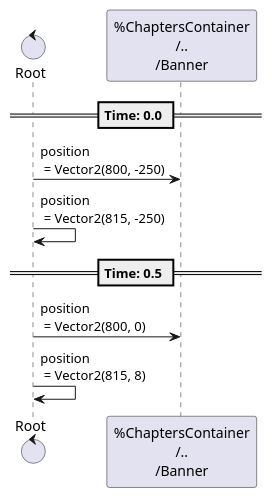
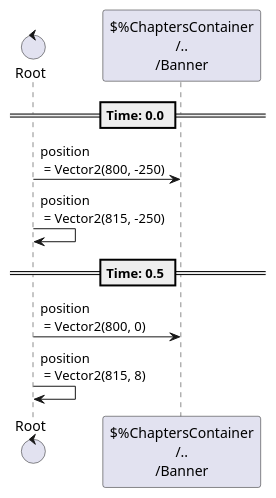
One commit to tkmfujise/Platformer-Game-Learning changed the fourth of 24 diagrams in content/scenes/src/beginning/chapters/chapters.tscn.adoc. Above: the diagram before and after it, drawn with PlantUML. The commit also changed other lines of this file and 31 other files, not shown here.

Commit message:
Add prefix $ to node name in animation sequences

```diff
--- a/content/scenes/src/beginning/chapters/chapters.tscn.adoc
+++ b/content/scenes/src/beginning/chapters/chapters.tscn.adoc
@@ -352,16 +352,16 @@
 [plantuml]
 ....
-control "Root" as Root
-participant "%ChaptersContainer\n/..\n/Banner" as T0
+control "Root" as R
+participant "$%ChaptersContainer\n/..\n/Banner" as T0
 
 
 
 == Time: 0.0 ==
-Root  ->  T0 : position\n = Vector2(800, -250)
-Root  ->  Root : position\n = Vector2(815, -250)
+R  ->  T0 : position\n = Vector2(800, -250)
+R  ->  R : position\n = Vector2(815, -250)
 == Time: 0.5 ==
-Root  ->  T0 : position\n = Vector2(800, 0)
-Root  ->  Root : position\n = Vector2(815, 8)
+R  ->  T0 : position\n = Vector2(800, 0)
+R  ->  R : position\n = Vector2(815, 8)
 
 
 ....
```
